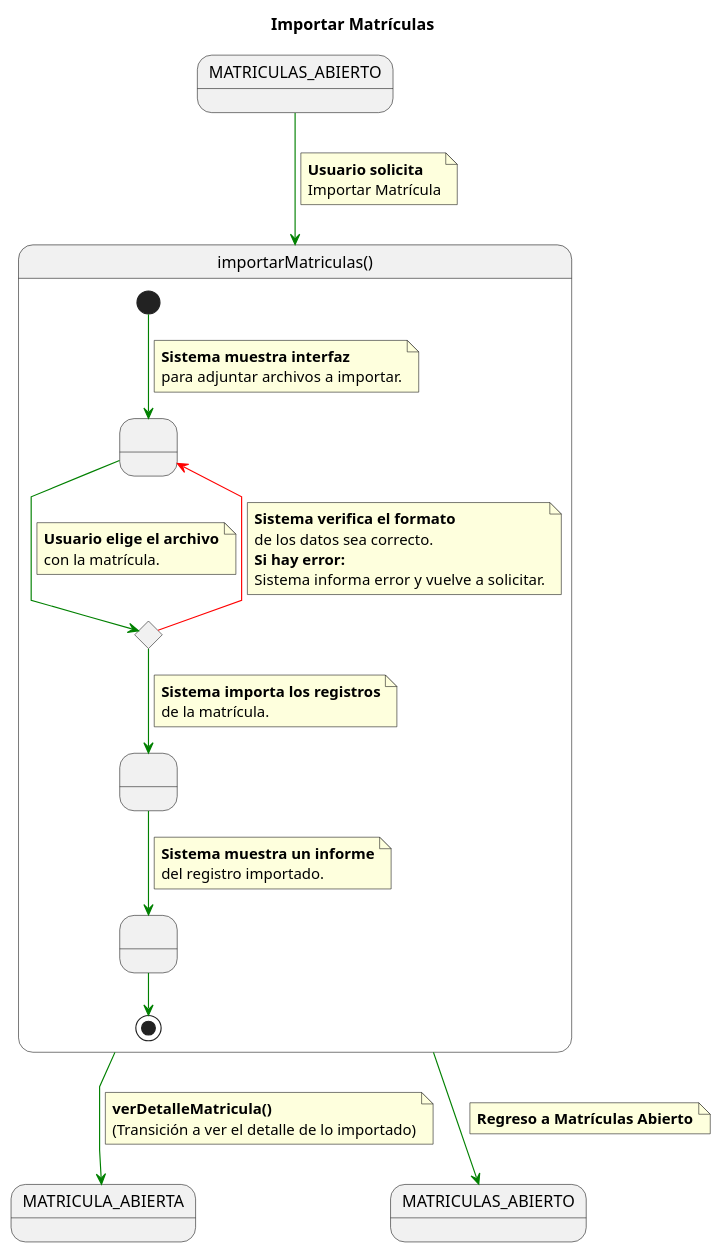
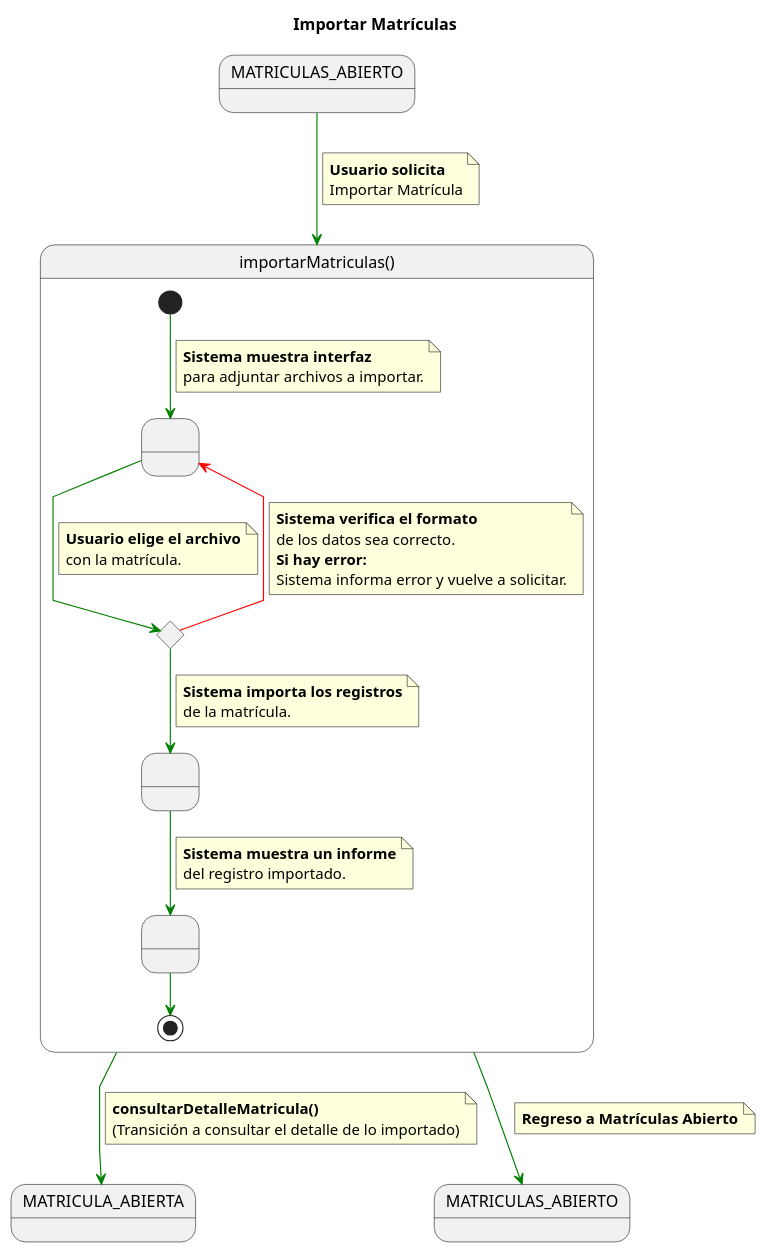
The diagram in documents/CasosDeUso/DetalladoCasosDeUso/Secretaria/importarMatricula.puml (enmabry/25-26-IdSw1-SdR), drawn with PlantUML before and after one commit. The commit also changed 9 other files, not shown here.

Commit message:
Correción a la terminología 'consultar' para consultar el detalle de una matrícula

```diff
--- a/documents/CasosDeUso/DetalladoCasosDeUso/Secretaria/importarMatricula.puml
+++ b/documents/CasosDeUso/DetalladoCasosDeUso/Secretaria/importarMatricula.puml
@@ -1,75 +1,75 @@
 @startuml
 title Importar Matrículas
 
 skinparam linetype polyline
 
 state startState as "MATRICULAS_ABIERTO"
 state endState1 as "MATRICULA_ABIERTA"
 state endState2 as "MATRICULAS_ABIERTO"
 
 startState -[#green]-> importarMatriculas
 note on link
     <b>Usuario solicita</b>
     Importar Matrícula
 end note
 
 state importarMatriculas as "importarMatriculas()" {
     state SolicitudArchivo as " "
     state ValidarFormato <<choice>>
     state ImportarRegistros as " "
     state MostrarInforme as " "
 
     ' 1. Inicio: Solicita el archivo
     [*] -[#green]-> SolicitudArchivo
     note on link
         <b>Sistema muestra interfaz</b>
         para adjuntar archivos a importar.
     end note
 
     ' 2. El usuario elige el archivo
     SolicitudArchivo -[#green]-> ValidarFormato
     note on link
         <b>Usuario elige el archivo</b>
         con la matrícula.
     end note
 
     ' --- 3. FLUJO ALTERNATIVO (Error de formato - Camino Rojo) ---
     ValidarFormato -[#red]-> SolicitudArchivo
     note on link
         <b>Sistema verifica el formato</b>
         de los datos sea correcto.
         <b>Si hay error:</b>
         Sistema informa error y vuelve a solicitar.
     end note
 
     ' --- 4. FLUJO BÁSICO (Éxito - Verde) ---
     ValidarFormato -[#green]-> ImportarRegistros
     
     note on link
         <b>Sistema importa los registros</b>
         de la matrícula.
     end note
     
     ImportarRegistros -[#green]-> MostrarInforme
     
     note on link
         <b>Sistema muestra un informe</b>
         del registro importado.
     end note
     
     MostrarInforme -[#green]-> [*]
 }
 
 
 importarMatriculas -[#green]-> endState1
 note on link
-    <b>verDetalleMatricula()</b>
-    (Transición a ver el detalle de lo importado)
+    <b>consultarDetalleMatricula()</b>
+    (Transición a consultar el detalle de lo importado)
 end note
 
 importarMatriculas -[#green]-> endState2
 note on link
     <b>Regreso a Matrículas Abierto</b>
 end note
 
 @enduml
```
